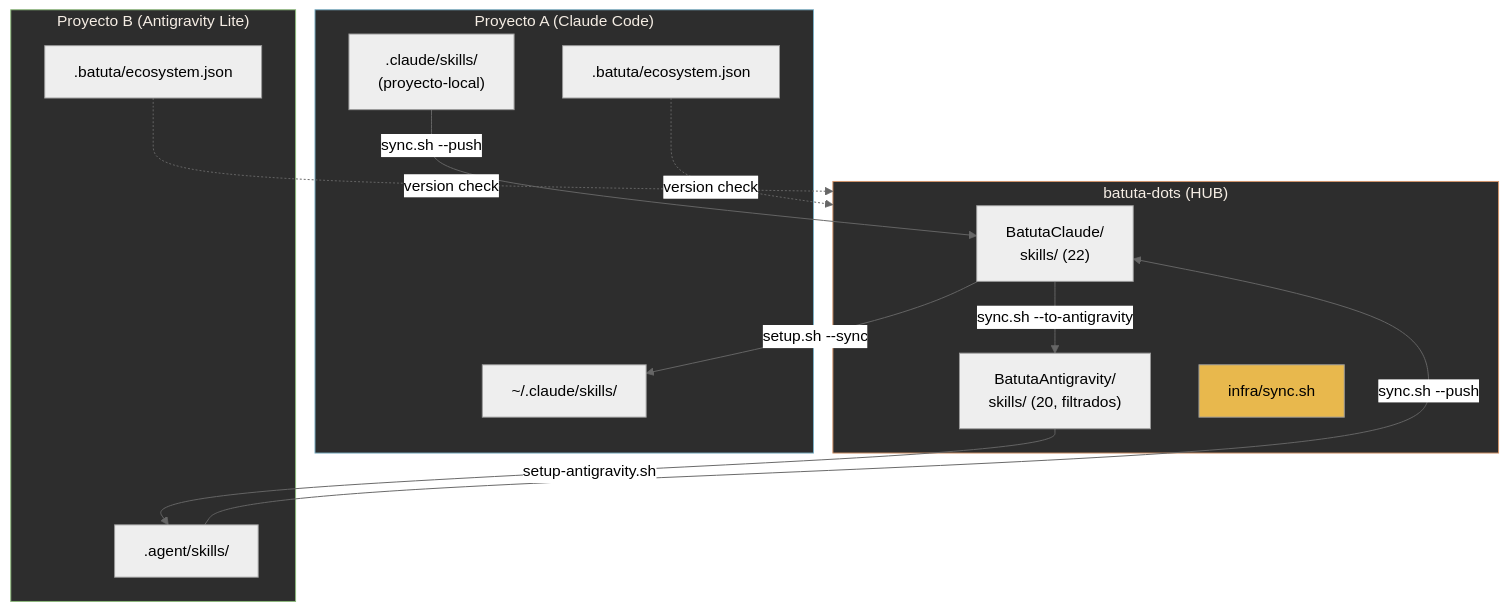
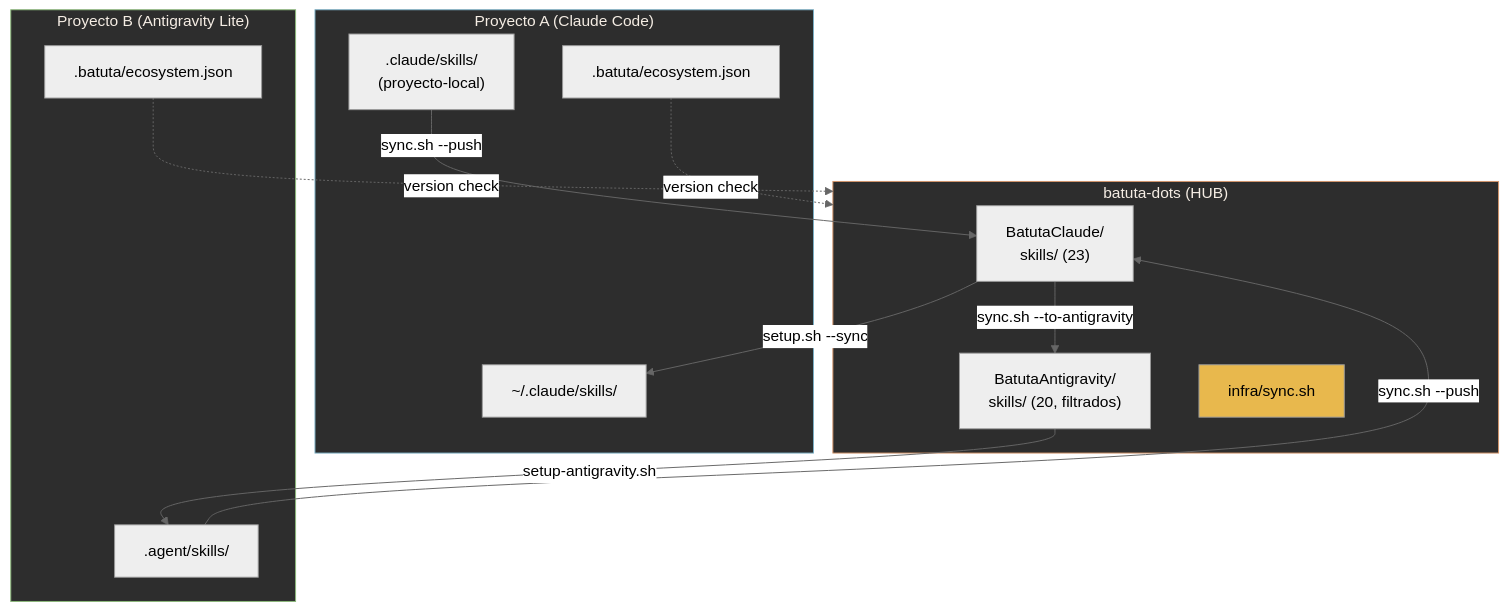
One commit to jota-batuta/batuta-dots changed diagram 22 of 23 in docs/architecture/arquitectura-diagrama.md. Above: the diagram before and after it, drawn with Mermaid (neutral theme). The commit also changed other lines of this file and 17 other files, not shown here.

````diff
--- a/docs/architecture/arquitectura-diagrama.md
+++ b/docs/architecture/arquitectura-diagrama.md
@@ -805,34 +805,34 @@
 ```mermaid
 flowchart TD
     subgraph HUB["batuta-dots (HUB)"]
-        BC["BatutaClaude/<br/>skills/ (22)"]
+        BC["BatutaClaude/<br/>skills/ (23)"]
         BA["BatutaAntigravity/<br/>skills/ (20, filtrados)"]
         SYNC["infra/sync.sh"]
     end
 
     subgraph SPOKE_CLAUDE["Proyecto A (Claude Code)"]
         PC_SKILLS["~/.claude/skills/"]
         PC_LOCAL[".claude/skills/<br/>(proyecto-local)"]
         PC_ECO[".batuta/ecosystem.json"]
     end
 
     subgraph SPOKE_ANTIGRAVITY["Proyecto B (Antigravity Lite)"]
         PA_SKILLS[".agent/skills/"]
         PA_ECO[".batuta/ecosystem.json"]
     end
 
     BC -->|"setup.sh --sync"| PC_SKILLS
     BC -->|"sync.sh --to-antigravity"| BA
     BA -->|"setup-antigravity.sh"| PA_SKILLS
 
     PC_LOCAL -->|"sync.sh --push"| BC
     PA_SKILLS -->|"sync.sh --push"| BC
 
     PC_ECO -.->|"version check"| HUB
     PA_ECO -.->|"version check"| HUB
 
     style HUB fill:#2d2d2d,stroke:#D4956A,color:#F5EDE4
     style SPOKE_CLAUDE fill:#2d2d2d,stroke:#7AAFC4,color:#F5EDE4
     style SPOKE_ANTIGRAVITY fill:#2d2d2d,stroke:#8BB87A,color:#F5EDE4
     style SYNC fill:#E8B84D,color:#000
 ```
````
